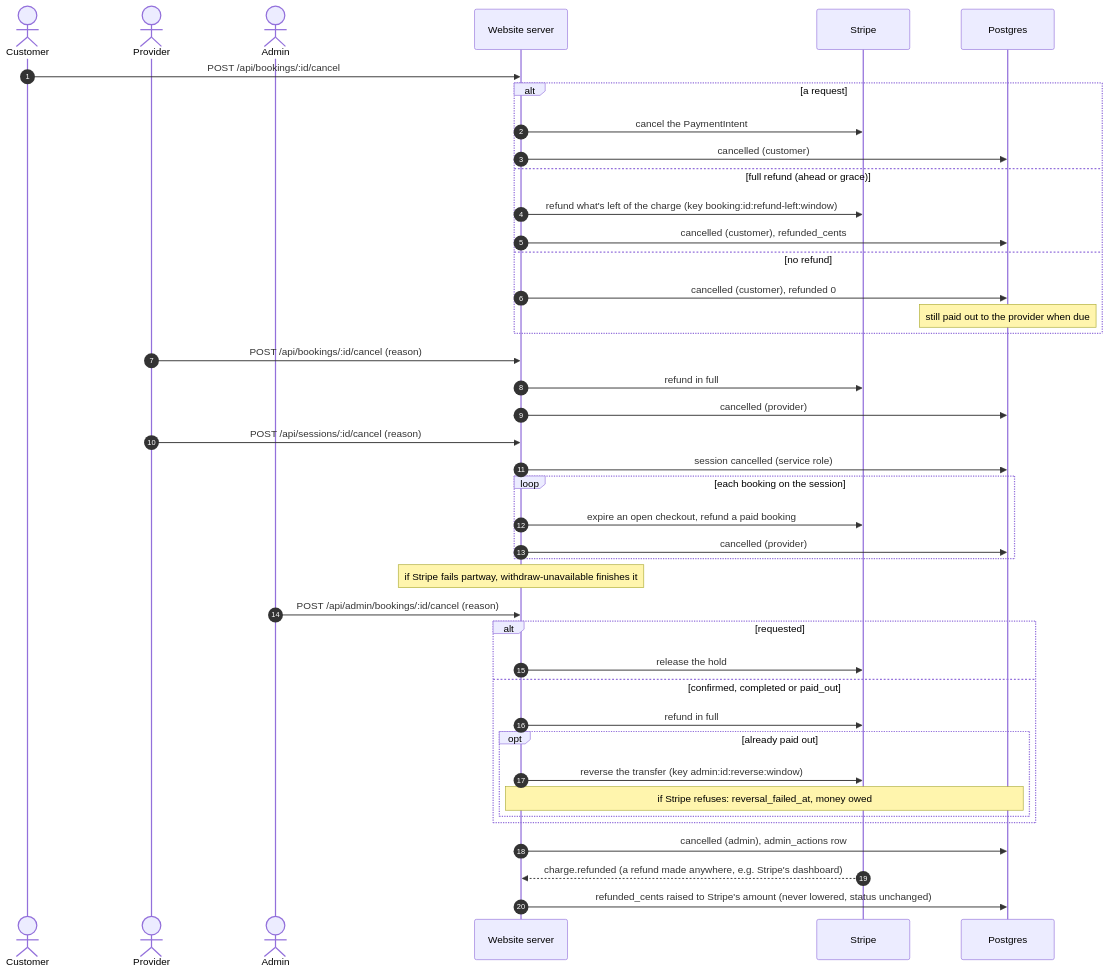
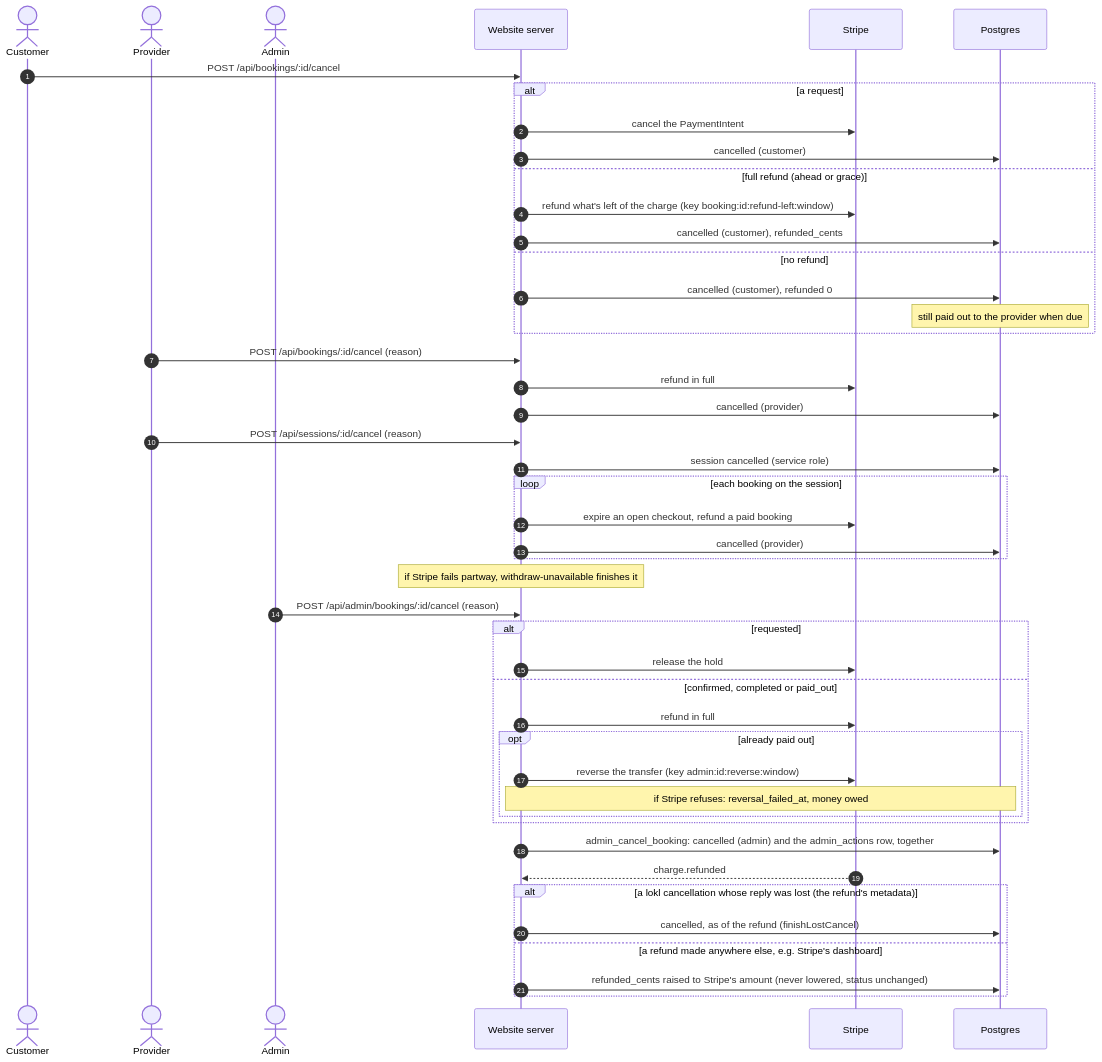
One commit to danielnedelcu/lokl changed the sixth of 10 diagrams in docs/architecture/booking-and-payments.md. Above: the diagram before and after it, drawn with Mermaid. The commit also changed other lines of this file and 23 other files, not shown here.

````diff
--- a/docs/architecture/booking-and-payments.md
+++ b/docs/architecture/booking-and-payments.md
@@ -350,49 +350,53 @@
 ```mermaid
 sequenceDiagram
   autonumber
   actor C as Customer
   actor P as Provider
   actor A as Admin
   participant W as Website server
   participant S as Stripe
   participant DB as Postgres
 
   C->>W: POST /api/bookings/:id/cancel
   alt a request
     W->>S: cancel the PaymentIntent
     W->>DB: cancelled (customer)
   else full refund (ahead or grace)
     W->>S: refund what's left of the charge (key booking:id:refund-left:window)
     W->>DB: cancelled (customer), refunded_cents
   else no refund
     W->>DB: cancelled (customer), refunded 0
     Note over DB: still paid out to the provider when due
   end
 
   P->>W: POST /api/bookings/:id/cancel (reason)
   W->>S: refund in full
   W->>DB: cancelled (provider)
 
   P->>W: POST /api/sessions/:id/cancel (reason)
   W->>DB: session cancelled (service role)
   loop each booking on the session
     W->>S: expire an open checkout, refund a paid booking
     W->>DB: cancelled (provider)
   end
   Note over W: if Stripe fails partway, withdraw-unavailable finishes it
 
   A->>W: POST /api/admin/bookings/:id/cancel (reason)
   alt requested
     W->>S: release the hold
   else confirmed, completed or paid_out
     W->>S: refund in full
     opt already paid out
       W->>S: reverse the transfer (key admin:id:reverse:window)
       Note over W,DB: if Stripe refuses: reversal_failed_at, money owed
     end
   end
-  W->>DB: cancelled (admin), admin_actions row
+  W->>DB: admin_cancel_booking: cancelled (admin) and the admin_actions row, together
 
-  S-->>W: charge.refunded (a refund made anywhere, e.g. Stripe's dashboard)
-  W->>DB: refunded_cents raised to Stripe's amount (never lowered, status unchanged)
+  S-->>W: charge.refunded
+  alt a lokl cancellation whose reply was lost (the refund's metadata)
+    W->>DB: cancelled, as of the refund (finishLostCancel)
+  else a refund made anywhere else, e.g. Stripe's dashboard
+    W->>DB: refunded_cents raised to Stripe's amount (never lowered, status unchanged)
+  end
 ```
````
